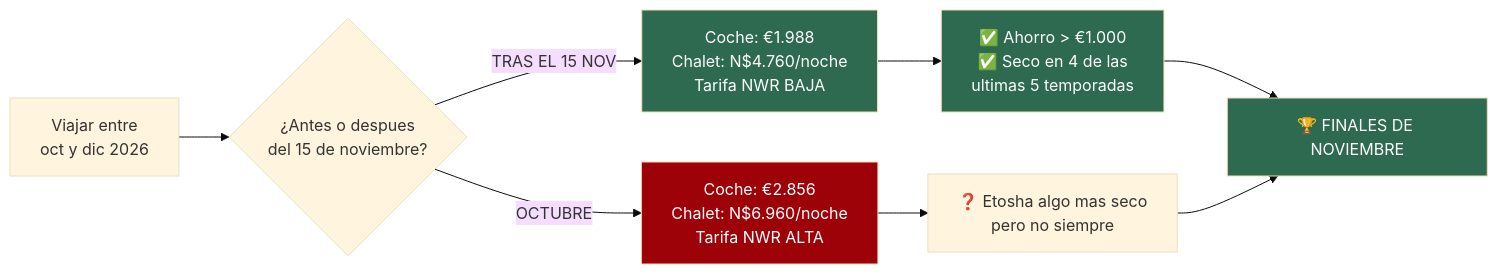
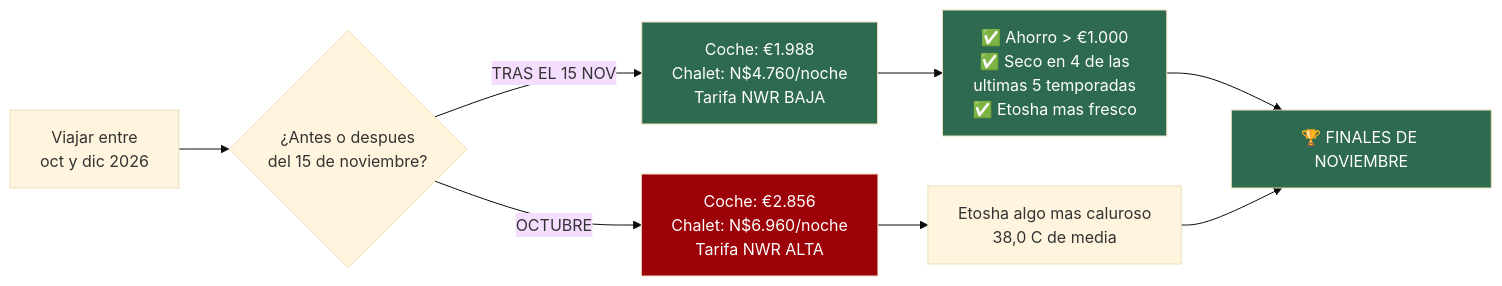
One commit to morandeirachema/namibia changed the first of 10 diagrams in README.md. Above: the diagram before and after it, drawn with Mermaid (base theme). The commit also changed other lines of this file, not shown here.

````diff
--- a/README.md
+++ b/README.md
@@ -26,14 +26,14 @@
 ```mermaid
 flowchart LR
     A["Viajar entre<br/>oct y dic 2026"] --> B{"¿Antes o despues<br/>del 15 de noviembre?"}
     B -->|"OCTUBRE"| C["Coche: €2.856<br/>Chalet: N$6.960/noche<br/>Tarifa NWR ALTA"]
     B -->|"TRAS EL 15 NOV"| D["Coche: €1.988<br/>Chalet: N$4.760/noche<br/>Tarifa NWR BAJA"]
-    C --> E["❓ Etosha algo mas seco<br/>pero no siempre"]
-    D --> F["✅ Ahorro > €1.000<br/>✅ Seco en 4 de las<br/>ultimas 5 temporadas"]
+    C --> E["Etosha algo mas caluroso<br/>38,0 C de media"]
+    D --> F["✅ Ahorro > €1.000<br/>✅ Seco en 4 de las<br/>ultimas 5 temporadas<br/>✅ Etosha mas fresco"]
     F --> G["🏆 FINALES DE NOVIEMBRE"]
     E --> G
     style D fill:#2d6a4f,color:#fff
     style F fill:#2d6a4f,color:#fff
     style G fill:#2d6a4f,color:#fff
     style C fill:#9d0208,color:#fff
 ```
````
